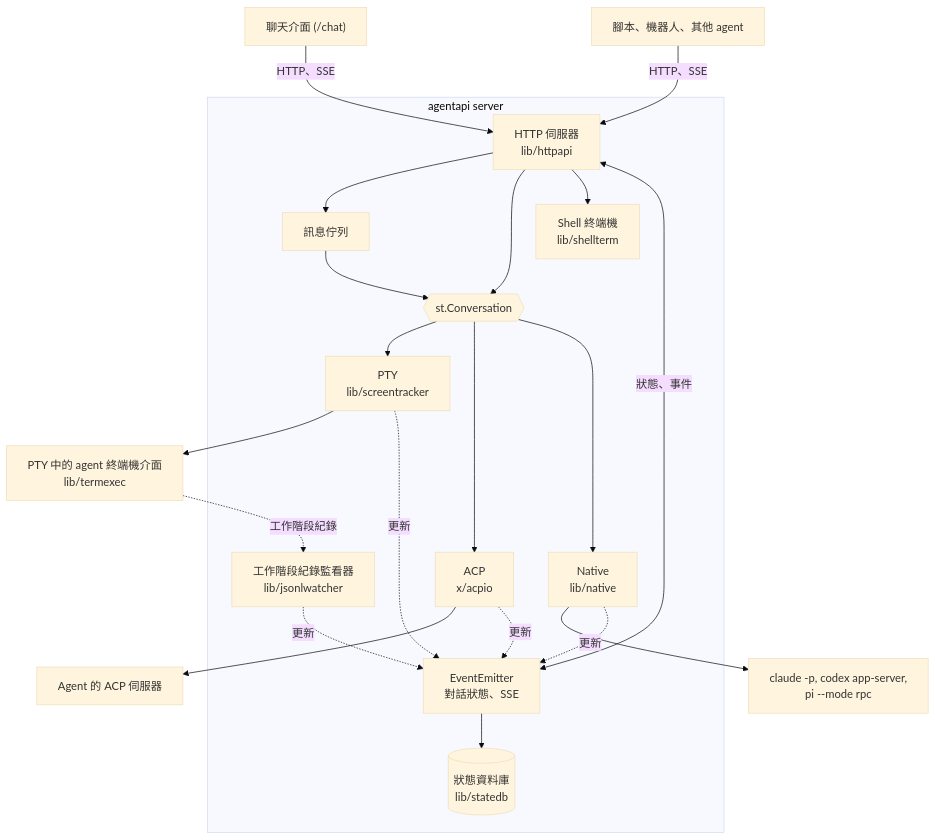
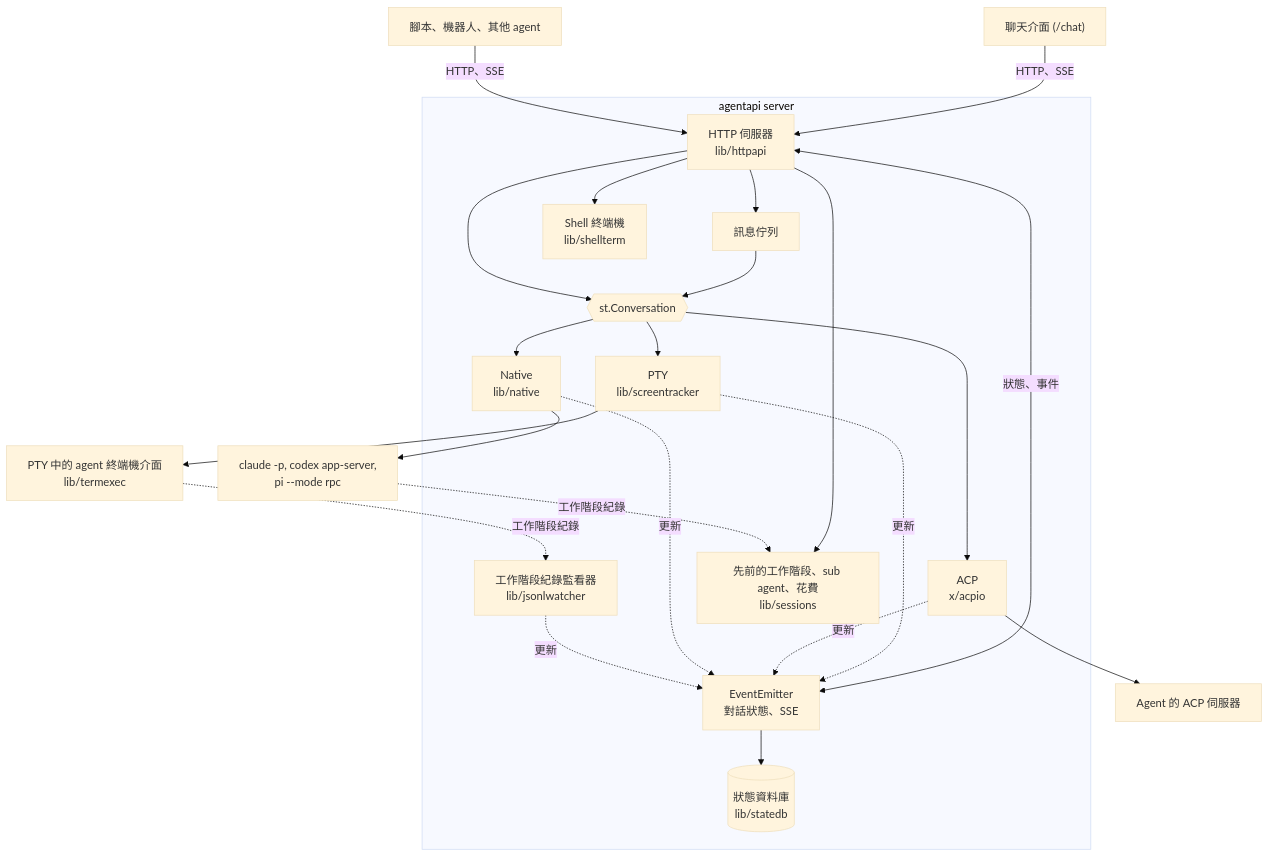
One commit to k1dav-c/agentapi changed the first of 3 diagrams in docs/architecture.zh-TW.md. Above: the diagram before and after it, drawn with Mermaid (base theme). The commit also changed other lines of this file and 6 other files, not shown here.

````diff
--- a/docs/architecture.zh-TW.md
+++ b/docs/architecture.zh-TW.md
@@ -34,35 +34,38 @@
 ```mermaid
 flowchart TB
   chat["聊天介面 (/chat)"]
   tools["腳本、機器人、其他 agent"]
   subgraph server["agentapi server"]
     http["HTTP 伺服器<br/>lib/httpapi"]
     queue["訊息佇列"]
     emitter["EventEmitter<br/>對話狀態、SSE"]
     db[("狀態資料庫<br/>lib/statedb")]
     shell["Shell 終端機<br/>lib/shellterm"]
     conv{{"st.Conversation"}}
     pty["PTY<br/>lib/screentracker"]
     acp["ACP<br/>x/acpio"]
     native["Native<br/>lib/native"]
     jsonl["工作階段紀錄監看器<br/>lib/jsonlwatcher"]
+    sessions["先前的工作階段、sub agent、花費<br/>lib/sessions"]
   end
   tui["PTY 中的 agent 終端機介面<br/>lib/termexec"]
   acpagent["Agent 的 ACP 伺服器"]
   proto["claude -p, codex app-server,<br/>pi --mode rpc"]
   chat -- "HTTP、SSE" --> http
   tools -- "HTTP、SSE" --> http
   http --> queue --> conv
   http --> conv
   http --> shell
   http <-- "狀態、事件" --> emitter
   emitter --> db
   conv --> pty --> tui
   conv --> acp --> acpagent
   conv --> native --> proto
   tui -. "工作階段紀錄" .-> jsonl
   pty -. "更新" .-> emitter
   acp -. "更新" .-> emitter
   native -. "更新" .-> emitter
   jsonl -. "更新" .-> emitter
+  http --> sessions
+  proto -. "工作階段紀錄" .-> sessions
 ```
````
